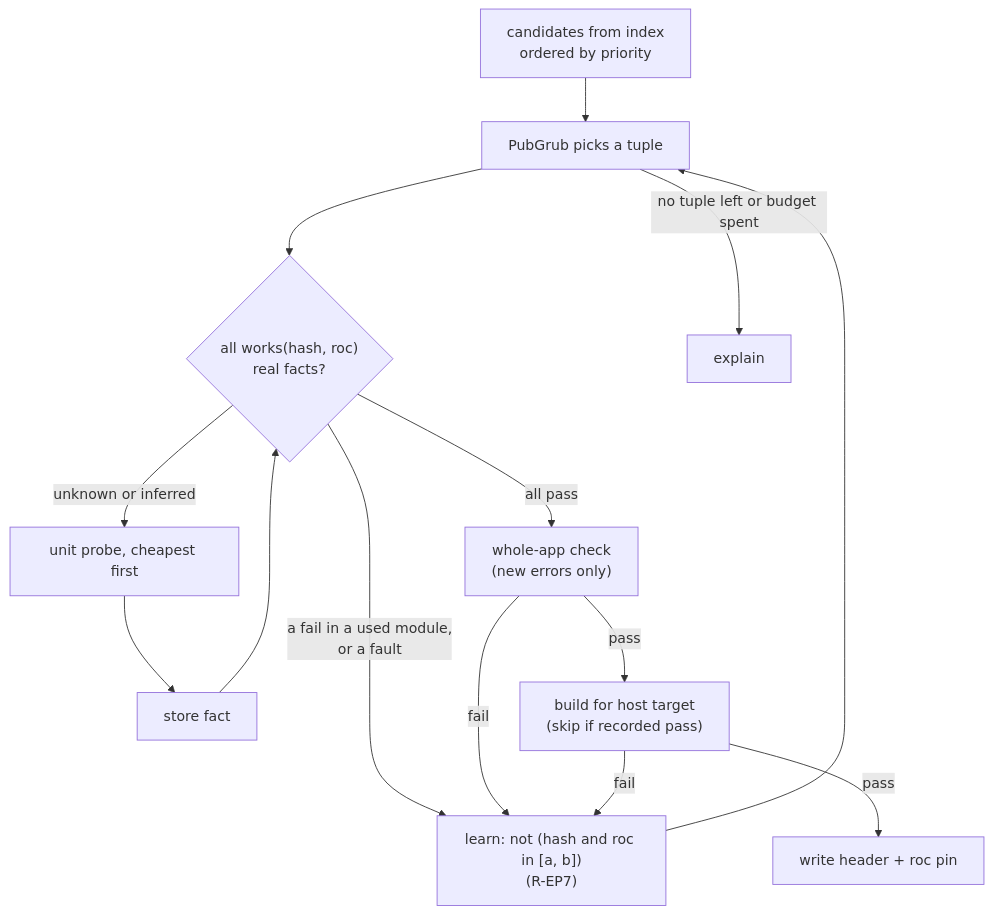
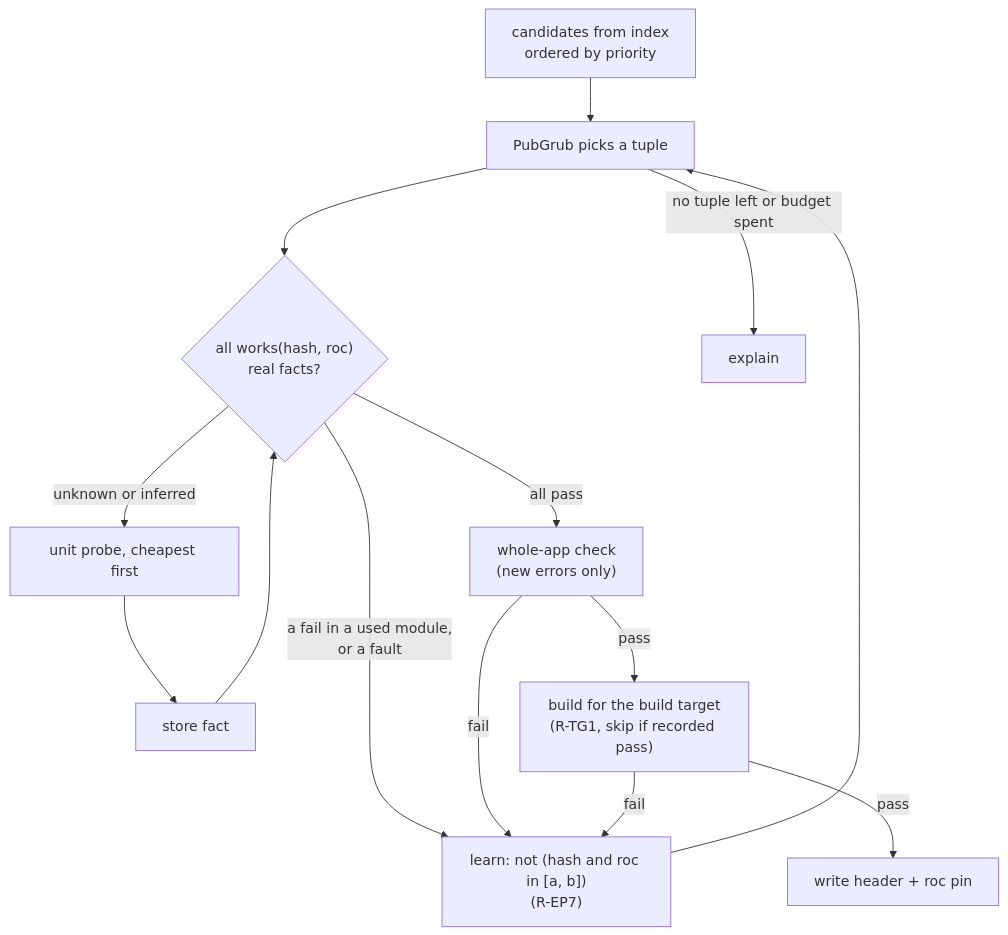
Before and after one commit to roc-talon/talon: the diagram in DESIGN-RESOLUTION.md, drawn with Mermaid. The commit also changed other lines of this file and 9692 other files, not shown here.

````diff
--- a/DESIGN-RESOLUTION.md
+++ b/DESIGN-RESOLUTION.md
@@ -329,14 +345,14 @@
 ```mermaid
 flowchart TD
     A["candidates from index<br/>ordered by priority"] --> B["PubGrub picks a tuple"]
     B --> C{"all works(hash, roc)<br/>real facts?"}
     C -- "unknown or inferred" --> D["unit probe, cheapest first"]
     D --> E["store fact"] --> C
     C -- "a fail in a used module,<br/>or a fault" --> F["learn: not (hash and roc in [a, b])<br/>(R-EP7)"] --> B
     C -- all pass --> G["whole-app check<br/>(new errors only)"]
-    G -- pass --> G2["build for host target<br/>(skip if recorded pass)"]
+    G -- pass --> G2["build for the build target<br/>(R-TG1, skip if recorded pass)"]
     G2 -- pass --> H["write header + roc pin"]
     G -- fail --> F
     G2 -- fail --> F
     B -- no tuple left or budget spent --> X["explain"]
 ```
````
